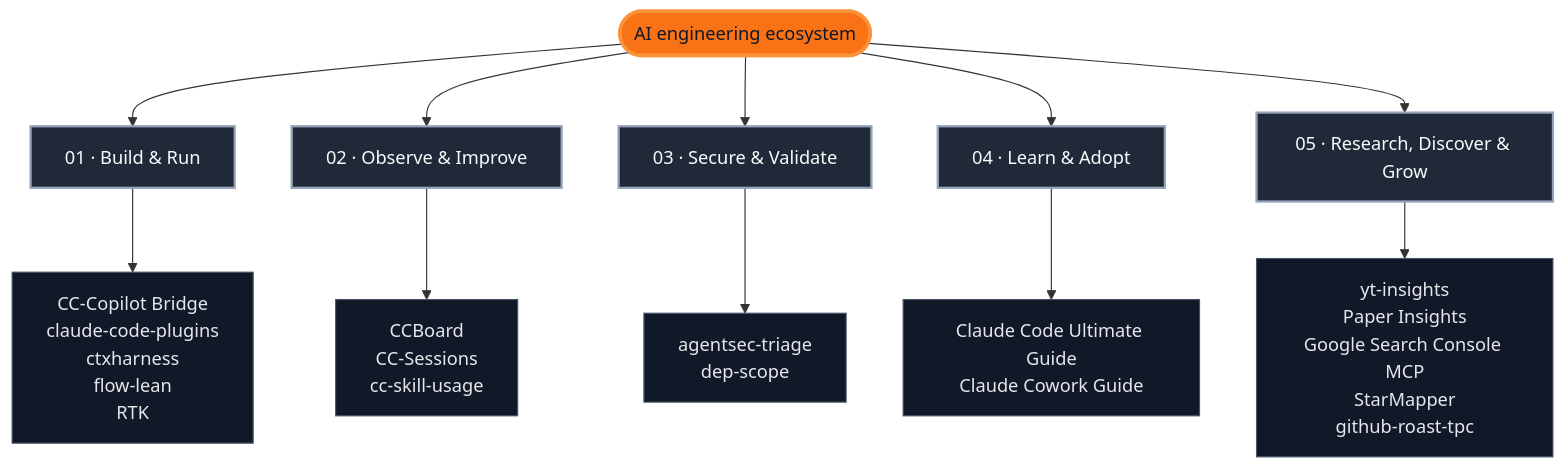
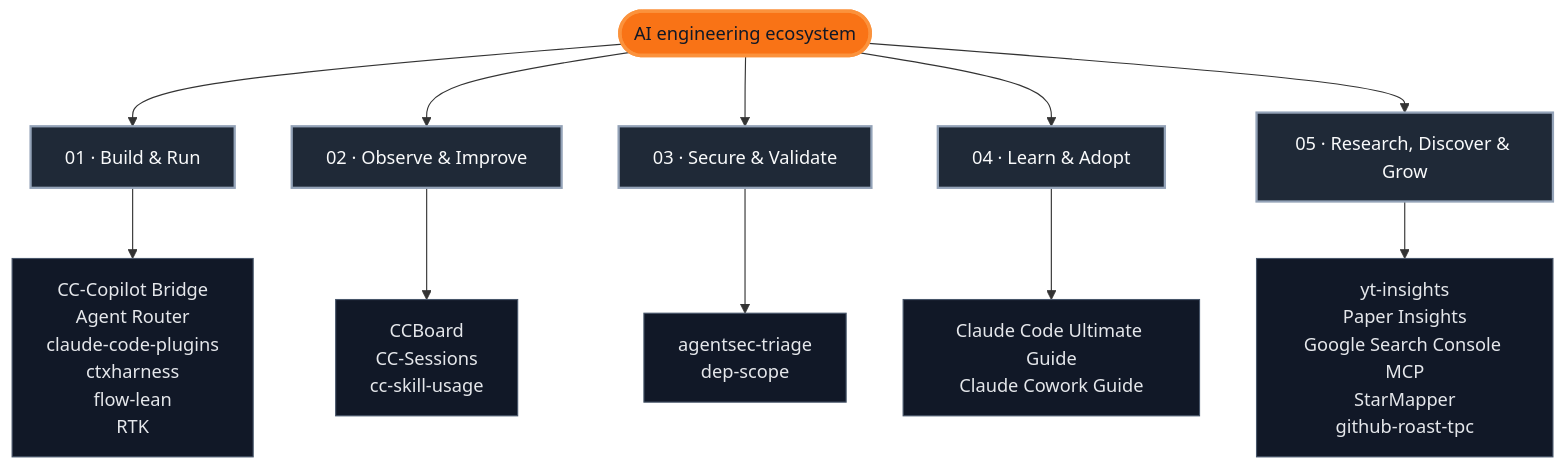
The diagram in README.md (FlorianBruniaux/FlorianBruniaux), drawn with Mermaid before and after one commit. The commit also changed other lines of this file and 3 other files, not shown here.

First line of the commit message:
feat: add Agent Router to the project ecosystem

````diff
--- a/README.md
+++ b/README.md
@@ -55,22 +55,22 @@
 ```mermaid
 flowchart TB
   accTitle: AI engineering ecosystem map
-  accDescr: Five routes connect the ecosystem hub to all 17 projects
+  accDescr: Five routes connect the ecosystem hub to all 18 projects
   hub(["AI engineering ecosystem"])
   hub --> build_run["01 · Build & Run"]
-  build_run --> build_run_projects["CC-Copilot Bridge<br/>claude-code-plugins<br/>ctxharness<br/>flow-lean<br/>RTK"]
+  build_run --> build_run_projects["CC-Copilot Bridge<br/>Agent Router<br/>claude-code-plugins<br/>ctxharness<br/>flow-lean<br/>RTK"]
   hub --> observe_improve["02 · Observe & Improve"]
   observe_improve --> observe_improve_projects["CCBoard<br/>CC-Sessions<br/>cc-skill-usage"]
   hub --> secure_validate["03 · Secure & Validate"]
   secure_validate --> secure_validate_projects["agentsec-triage<br/>dep-scope"]
   hub --> learn_adopt["04 · Learn & Adopt"]
   learn_adopt --> learn_adopt_projects["Claude Code Ultimate Guide<br/>Claude Cowork Guide"]
   hub --> research_discover_grow["05 · Research, Discover & Grow"]
   research_discover_grow --> research_discover_grow_projects["yt-insights<br/>Paper Insights<br/>Google Search Console MCP<br/>StarMapper<br/>github-roast-tpc"]
   classDef hub fill:#f97316,color:#111827,stroke:#fb923c,stroke-width:3px
   classDef route fill:#1f2937,color:#f9fafb,stroke:#94a3b8,stroke-width:2px
   classDef projects fill:#111827,color:#e5e7eb,stroke:#475569
   class hub hub
   class build_run,observe_improve,secure_validate,learn_adopt,research_discover_grow route
   class build_run_projects,observe_improve_projects,secure_validate_projects,learn_adopt_projects,research_discover_grow_projects projects
 ```
````
